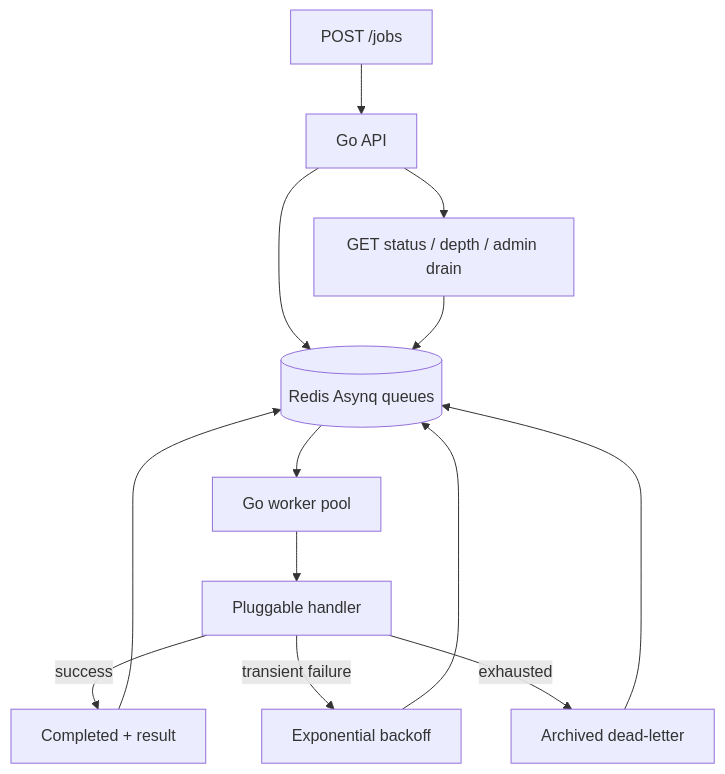
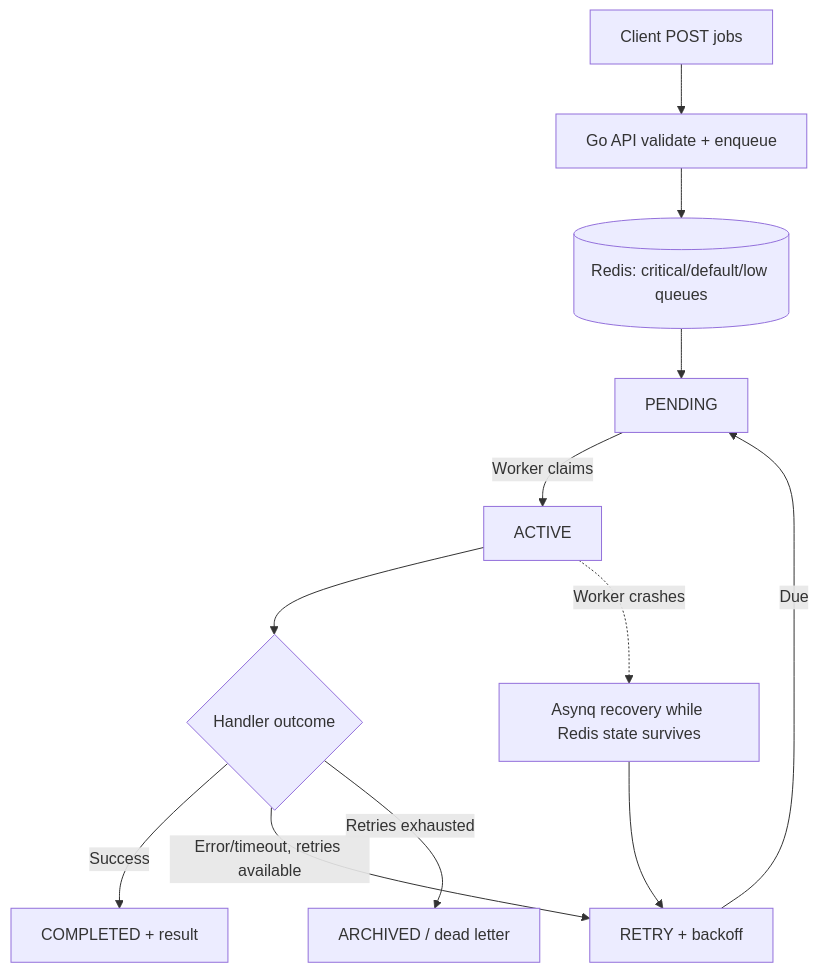
The diagram in README.md (gamaheshwari246/go-async-jobs), drawn with Mermaid before and after one commit. The commit also changed other lines of this file and 3 other files, not shown here.

Commit message:
Document full Redis/Asynq lifecycle, at-least-once guarantees and idempotency boundaries

````diff
--- a/README.md
+++ b/README.md
@@ -49,15 +38,14 @@
 ```mermaid
 flowchart TD
-  HTTP[POST /jobs] --> API[Go API]
-  API --> Redis[(Redis Asynq queues)]
-  Redis --> Workers[Go worker pool]
-  Workers --> Handler[Pluggable handler]
-  Handler -->|success| Results[Completed + result]
-  Handler -->|transient failure| Retry[Exponential backoff]
-  Retry --> Redis
-  Handler -->|exhausted| Dead[Archived dead-letter]
-  Results --> Redis
-  Dead --> Redis
-  API --> Status[GET status / depth / admin drain]
-  Status --> Redis
+    A[Client POST jobs] --> B[Go API validate + enqueue]
+    B --> C[(Redis: critical/default/low queues)]
+    C --> D[PENDING]
+    D -->|Worker claims| E[ACTIVE]
+    E --> F{Handler outcome}
+    F -->|Success| G[COMPLETED + result]
+    F -->|Error/timeout, retries available| H[RETRY + backoff]
+    H -->|Due| D
+    F -->|Retries exhausted| I[ARCHIVED / dead letter]
+    E -.->|Worker crashes| J[Asynq recovery while Redis state survives]
+    J --> H
 ```
````
